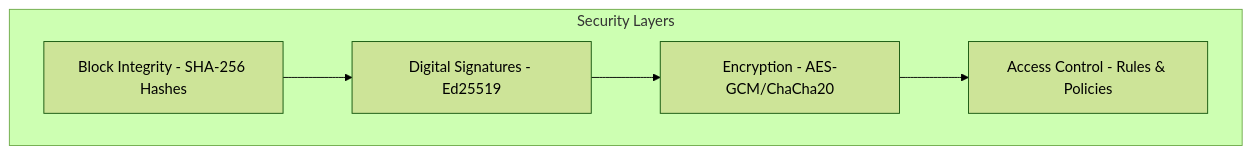
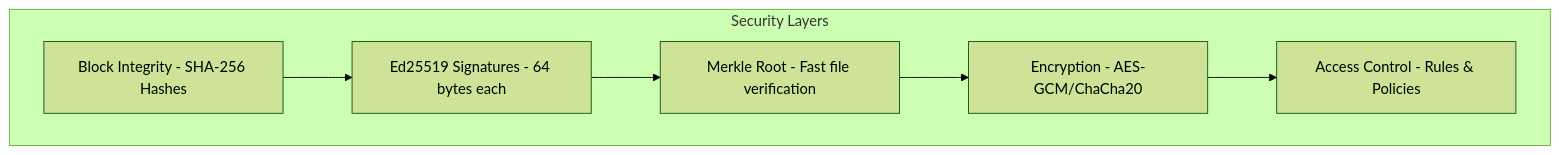
Before and after one commit to vineethsai/maif: the fourth of 5 diagrams in docs/guide/architecture.md, drawn with Mermaid (forest theme). The commit also changed other lines of this file and 107 other files, not shown here.

````diff
--- a/docs/guide/architecture.md
+++ b/docs/guide/architecture.md
@@ -192,13 +192,15 @@
 ```mermaid
 graph TB
     subgraph "Security Layers"
         L1[Block Integrity - SHA-256 Hashes]
-        L2[Digital Signatures - Ed25519]
-        L3[Encryption - AES-GCM/ChaCha20]
-        L4[Access Control - Rules & Policies]
+        L2[Ed25519 Signatures - 64 bytes each]
+        L3[Merkle Root - Fast file verification]
+        L4[Encryption - AES-GCM/ChaCha20]
+        L5[Access Control - Rules & Policies]
         
         L1 --> L2
         L2 --> L3
         L3 --> L4
+        L4 --> L5
     end
 ```
````
